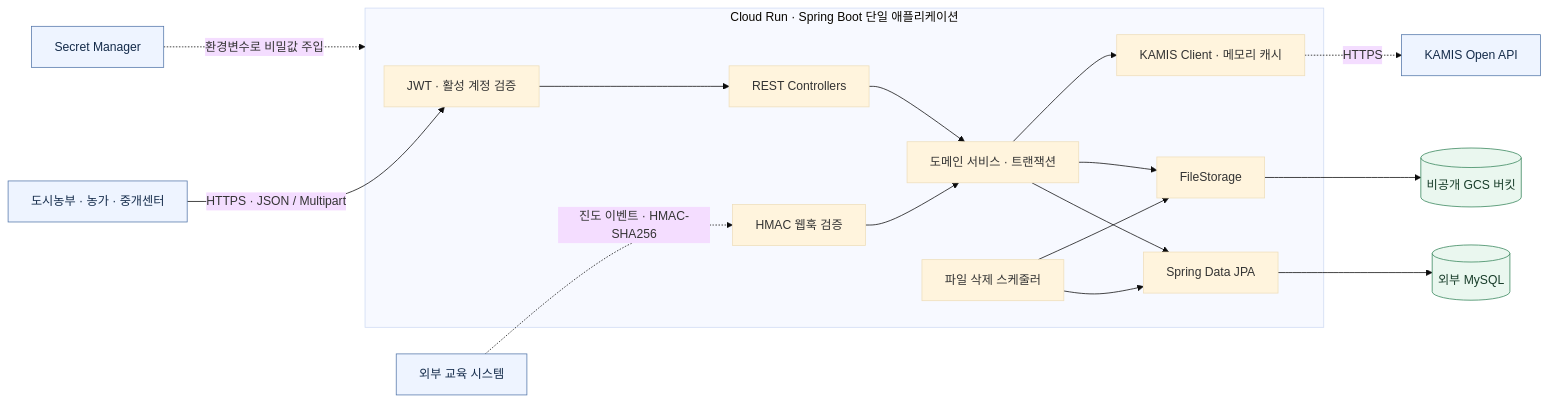
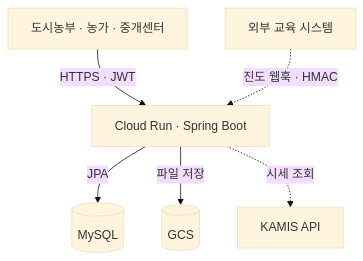
The first of 7 diagrams in README.md (ParkChanWoo0321/CityFarmerPlus_BE), drawn with Mermaid (base theme) before and after one commit. The commit also changed other lines of this file, not shown here.

Commit message:
백엔드 포트폴리오 구성과 Mermaid 가독성 개선

````diff
--- a/README.md
+++ b/README.md
@@ -78,36 +41,14 @@
 ```mermaid
-flowchart LR
-    clients["도시농부 · 농가 · 중개센터"]
+flowchart TB
+    client["도시농부 · 농가 · 중개센터"]
     lms["외부 교육 시스템"]
-    subgraph cloudRun["Cloud Run · Spring Boot 단일 애플리케이션"]
-        auth["JWT · 활성 계정 검증"]
-        api["REST Controllers"]
-        service["도메인 서비스 · 트랜잭션"]
-        jpa["Spring Data JPA"]
-        storage["FileStorage"]
-        market["KAMIS Client · 메모리 캐시"]
-        webhook["HMAC 웹훅 검증"]
-        cleanup["파일 삭제 스케줄러"]
-        auth --> api --> service
-        service --> jpa
-        service --> storage
-        service --> market
-        webhook --> service
-        cleanup --> jpa
-        cleanup --> storage
-    end
-    mysql[("외부 MySQL")]
-    gcs[("비공개 GCS 버킷")]
-    kamis["KAMIS Open API"]
-    secrets["Secret Manager"]
-    clients -->|"HTTPS · JSON / Multipart"| auth
-    lms -.->|"진도 이벤트 · HMAC-SHA256"| webhook
-    jpa --> mysql
-    storage --> gcs
-    market -.->|"HTTPS"| kamis
-    secrets -.->|"환경변수로 비밀값 주입"| cloudRun
-    classDef external fill:#eef4ff,stroke:#5477aa,color:#142b4a
-    classDef data fill:#eaf7ef,stroke:#36845a,color:#183d2a
-    class clients,lms,kamis,secrets external
-    class mysql,gcs data
+    api["Cloud Run · Spring Boot"]
+    db[("MySQL")]
+    files[("GCS")]
+    kamis["KAMIS API"]
+    client -->|"HTTPS · JWT"| api
+    lms -.->|"진도 웹훅 · HMAC"| api
+    api -->|"JPA"| db
+    api -->|"파일 저장"| files
+    api -.->|"시세 조회"| kamis
 ```
````
